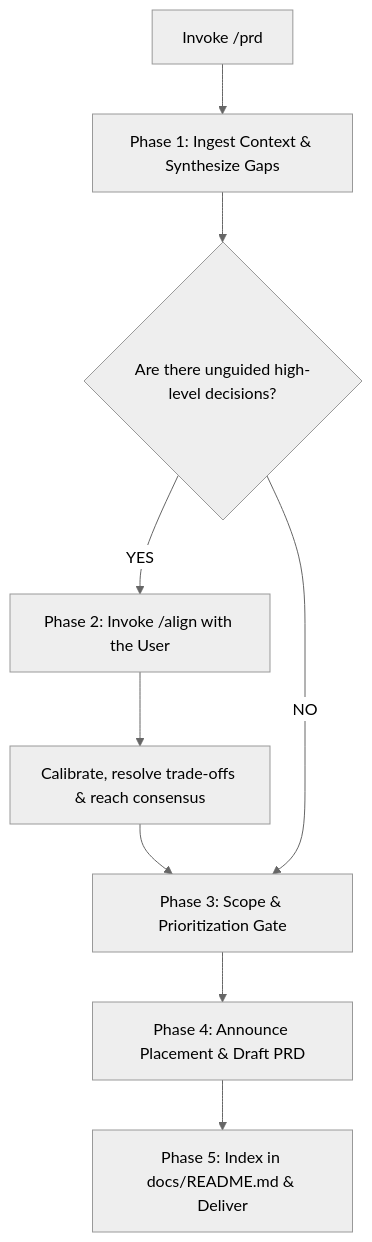
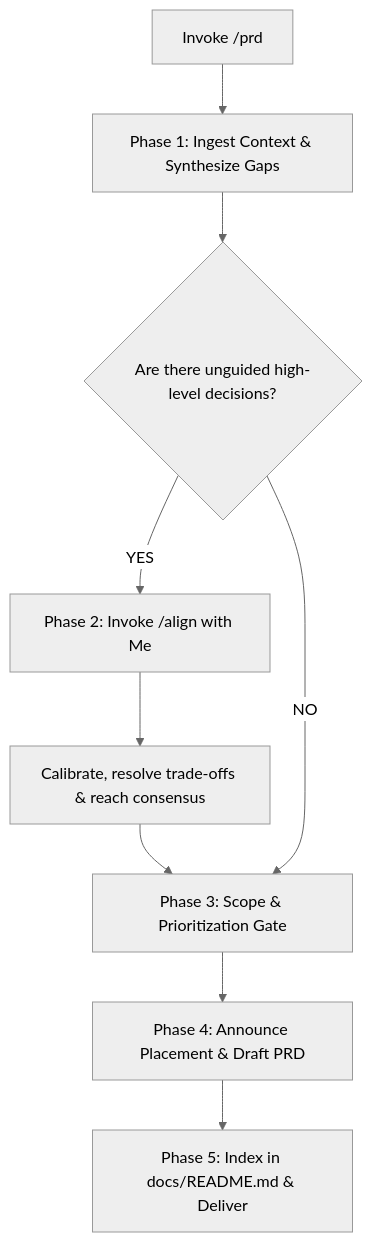
One commit to dimsedra/skills changed the diagram in prd/SKILL.md. Above: the diagram before and after it, drawn with Mermaid (neutral theme). The commit also changed other lines of this file and 7 other files, not shown here.

First line of the commit message:
refactor(skills): align skill instructions to user-to-agent imperative perspective

````diff
--- a/prd/SKILL.md
+++ b/prd/SKILL.md
@@ -16,11 +16,11 @@
 ```mermaid
 flowchart TD
     A["Invoke /prd"] --> B["Phase 1: Ingest Context & Synthesize Gaps"]
     B --> C{"Are there unguided high-level decisions?"}
-    C -- YES --> D["Phase 2: Invoke /align with the User"]
+    C -- YES --> D["Phase 2: Invoke /align with Me"]
     D --> E["Calibrate, resolve trade-offs & reach consensus"]
     E --> F["Phase 3: Scope & Prioritization Gate"]
     C -- NO --> F
     F --> G["Phase 4: Announce Placement & Draft PRD"]
     G --> H["Phase 5: Index in docs/README.md & Deliver"]
 ```
````
